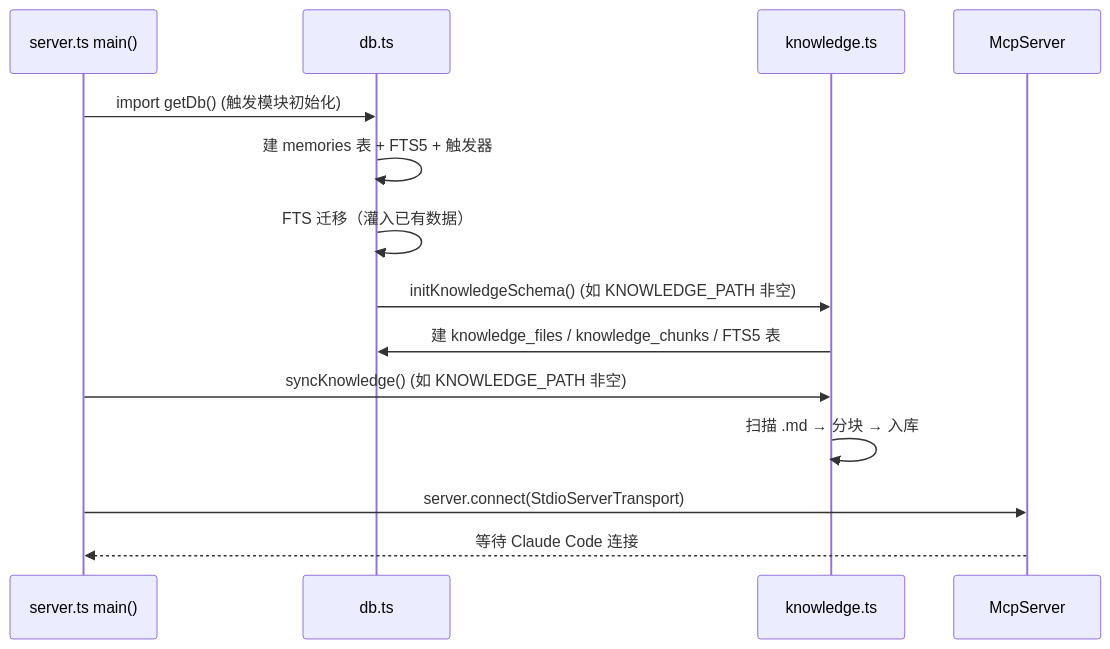
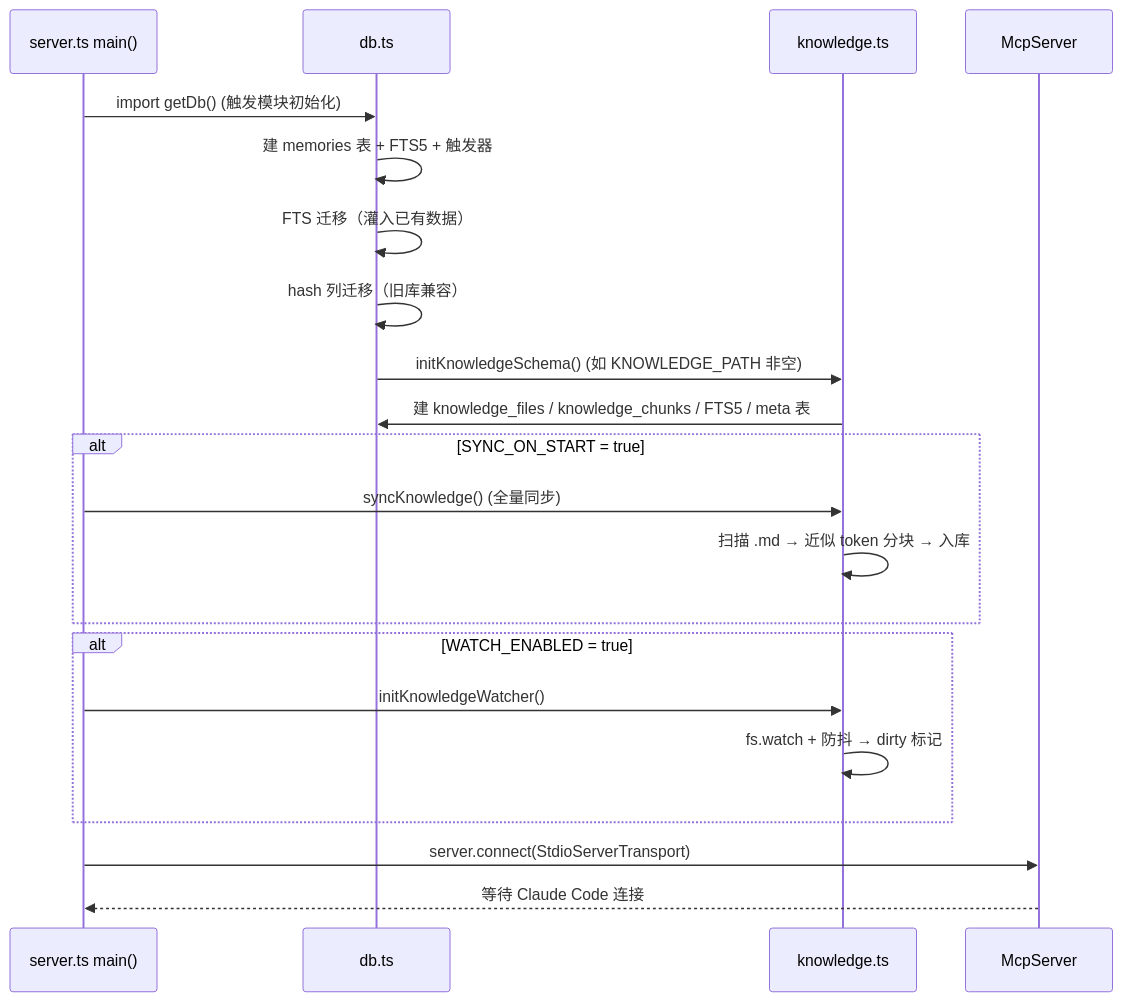
The ninth of 10 diagrams in ARCHITECTURE.md (lchaoer/claudecode-oepnclaw-mem), drawn with Mermaid before and after one commit. The commit also changed other lines of this file and 4 other files, not shown here.

````diff
--- a/ARCHITECTURE.md
+++ b/ARCHITECTURE.md
@@ -238,19 +302,27 @@
 ```mermaid
 sequenceDiagram
     participant Main as server.ts main()
     participant DB as db.ts
     participant Knowledge as knowledge.ts
     participant MCP as McpServer
 
     Main->>DB: import getDb() (触发模块初始化)
     DB->>DB: 建 memories 表 + FTS5 + 触发器
     DB->>DB: FTS 迁移（灌入已有数据）
+    DB->>DB: hash 列迁移（旧库兼容）
     DB->>Knowledge: initKnowledgeSchema() (如 KNOWLEDGE_PATH 非空)
-    Knowledge->>DB: 建 knowledge_files / knowledge_chunks / FTS5 表
+    Knowledge->>DB: 建 knowledge_files / knowledge_chunks / FTS5 / meta 表
 
-    Main->>Knowledge: syncKnowledge() (如 KNOWLEDGE_PATH 非空)
-    Knowledge->>Knowledge: 扫描 .md → 分块 → 入库
+    alt SYNC_ON_START = true
+        Main->>Knowledge: syncKnowledge() (全量同步)
+        Knowledge->>Knowledge: 扫描 .md → 近似 token 分块 → 入库
+    end
+
+    alt WATCH_ENABLED = true
+        Main->>Knowledge: initKnowledgeWatcher()
+        Knowledge->>Knowledge: fs.watch + 防抖 → dirty 标记
+    end
 
     Main->>MCP: server.connect(StdioServerTransport)
     MCP-->>Main: 等待 Claude Code 连接
 ```
````
